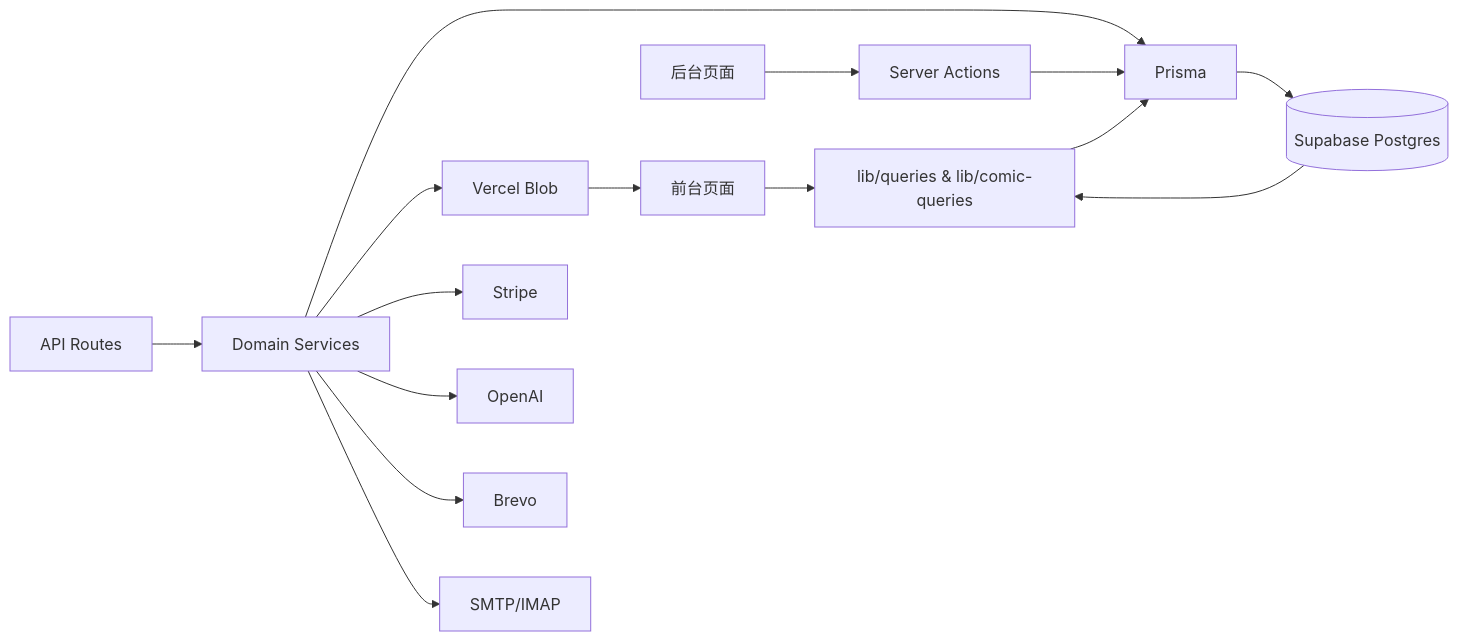
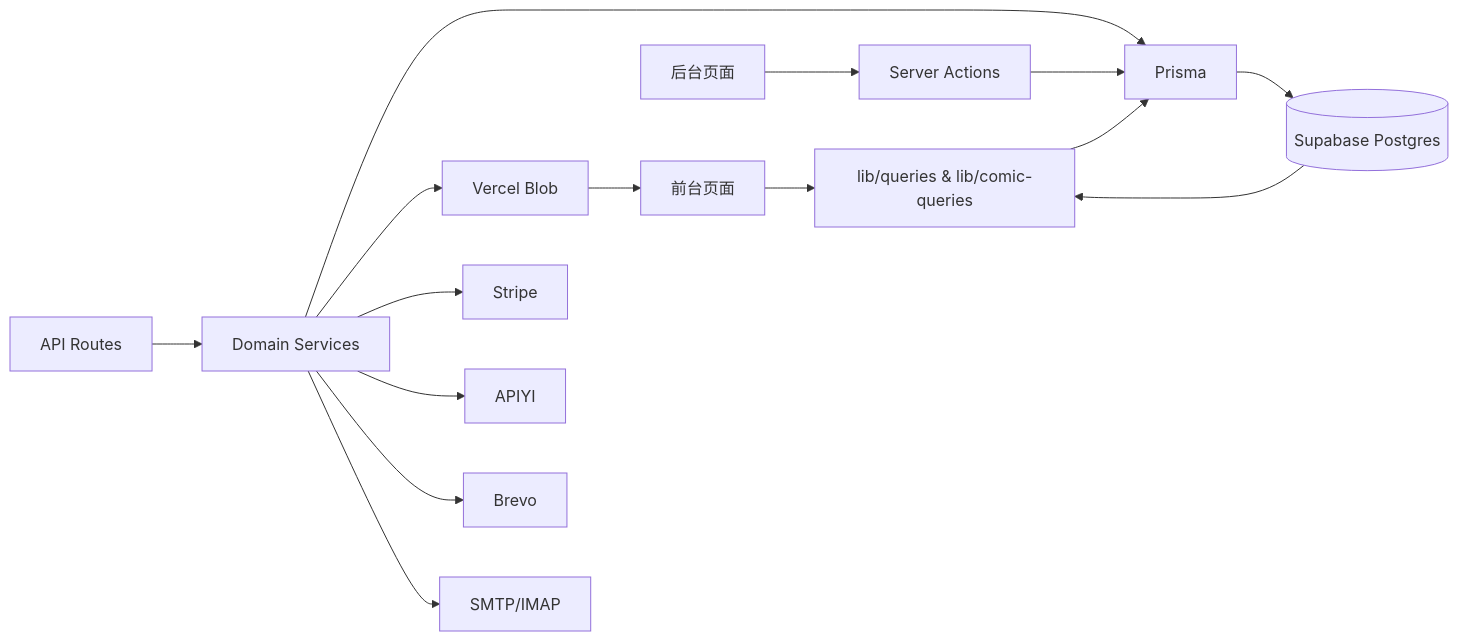
The fourth of 9 diagrams in architecture.md (rappizo/neatique), drawn with Mermaid before and after one commit. The commit also changed other lines of this file and 34 other files, not shown here.

````diff
--- a/architecture.md
+++ b/architecture.md
@@ -251,20 +251,20 @@
 ```mermaid
 flowchart LR
   PublicPage[前台页面] --> QueryLayer[lib/queries & lib/comic-queries]
   AdminPage[后台页面] --> ServerActions[Server Actions]
   ApiRoute[API Routes] --> Services[Domain Services]
 
   QueryLayer --> Prisma[Prisma]
   ServerActions --> Prisma
   Services --> Prisma
 
   Prisma --> DB[(Supabase Postgres)]
   Services --> Blob[Vercel Blob]
   Services --> Stripe[Stripe]
-  Services --> OpenAI[OpenAI]
+  Services --> APIYI[APIYI]
   Services --> Brevo[Brevo]
   Services --> Email[SMTP/IMAP]
 
   DB --> QueryLayer
   Blob --> PublicPage
 ```
````
